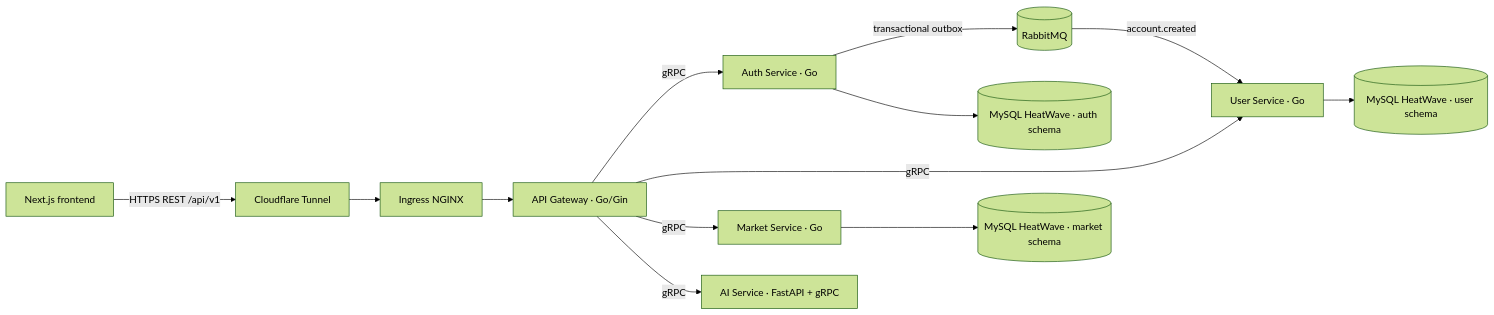
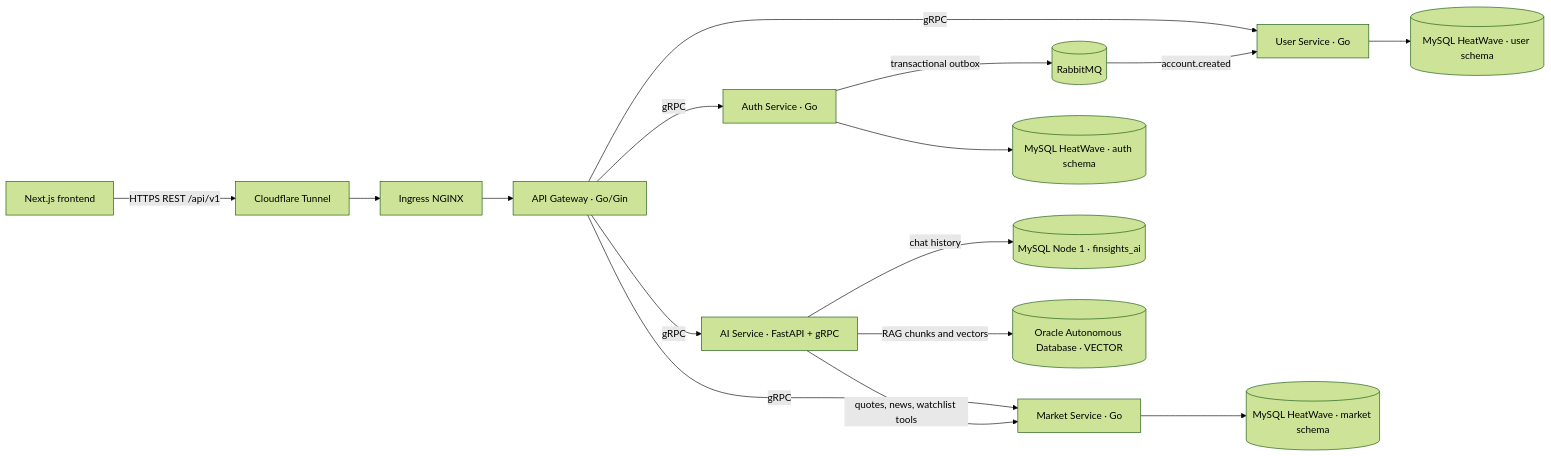
One commit to minhphu05/finsights-backend changed the diagram in README.md. Above: the diagram before and after it, drawn with Mermaid (forest theme). The commit also changed other lines of this file and 13 other files, not shown here.

````diff
--- a/README.md
+++ b/README.md
@@ -7,15 +7,18 @@
 ```mermaid
 flowchart LR
   Browser[Next.js frontend] -->|HTTPS REST /api/v1| Tunnel[Cloudflare Tunnel]
   Tunnel --> Ingress[Ingress NGINX]
   Ingress --> Gateway[API Gateway · Go/Gin]
   Gateway -->|gRPC| Auth[Auth Service · Go]
   Gateway -->|gRPC| User[User Service · Go]
   Gateway -->|gRPC| Market[Market Service · Go]
   Gateway -->|gRPC| AI[AI Service · FastAPI + gRPC]
   Auth -->|transactional outbox| RabbitMQ[(RabbitMQ)]
   RabbitMQ -->|account.created| User
   Auth --> AuthDB[(MySQL HeatWave · auth schema)]
   User --> UserDB[(MySQL HeatWave · user schema)]
   Market --> MarketDB[(MySQL HeatWave · market schema)]
+  AI -->|chat history| AIHistory[(MySQL Node 1 · finsights_ai)]
+  AI -->|RAG chunks and vectors| ADB[(Oracle Autonomous Database · VECTOR)]
+  AI -->|quotes, news, watchlist tools| Market
 ```
````
